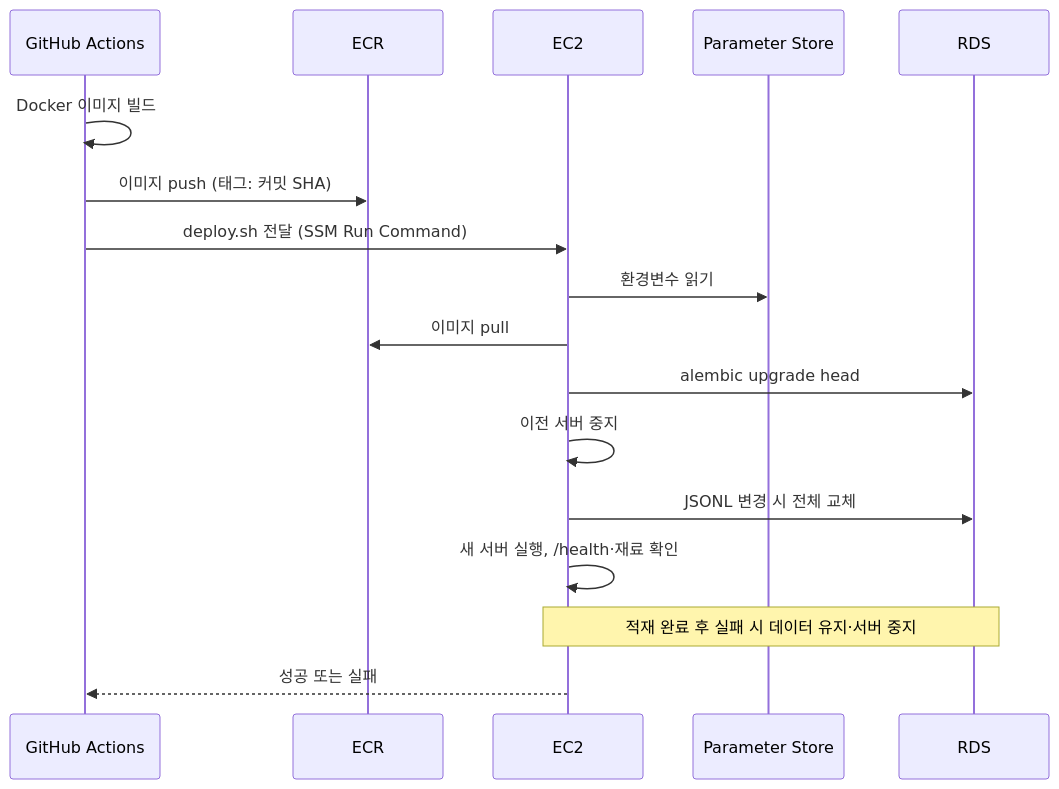
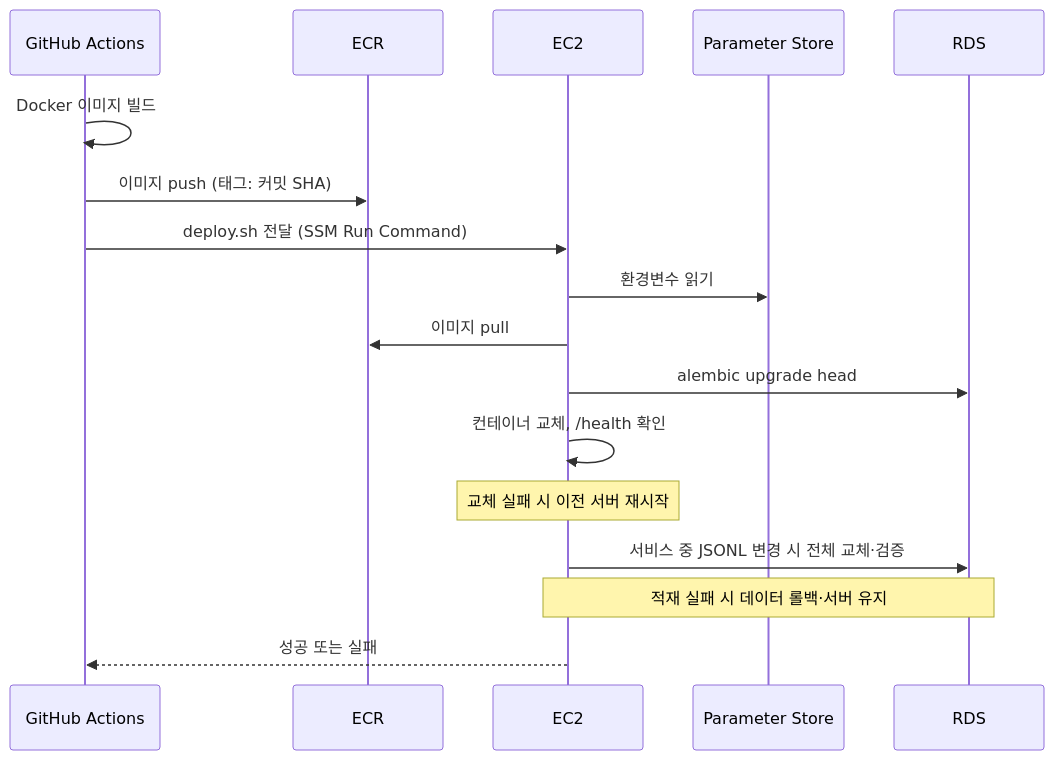
The second of 2 diagrams in server/docs/deploy.md (snuhcs-course/swpp-2026-project-team-08), drawn with Mermaid before and after one commit. The commit also changed other lines of this file and 2 other files, not shown here.

````diff
--- a/server/docs/deploy.md
+++ b/server/docs/deploy.md
@@ -96,20 +98,20 @@
 ```mermaid
 sequenceDiagram
   participant GH as GitHub Actions
   participant ECR
   participant EC2
   participant PS as Parameter Store
   participant DB as RDS
 
   GH->>GH: Docker 이미지 빌드
   GH->>ECR: 이미지 push (태그: 커밋 SHA)
   GH->>EC2: deploy.sh 전달 (SSM Run Command)
   EC2->>PS: 환경변수 읽기
   EC2->>ECR: 이미지 pull
   EC2->>DB: alembic upgrade head
-  EC2->>EC2: 이전 서버 중지
-  EC2->>DB: JSONL 변경 시 전체 교체
-  EC2->>EC2: 새 서버 실행, /health·재료 확인
-  Note over EC2,DB: 적재 완료 후 실패 시 데이터 유지·서버 중지
+  EC2->>EC2: 컨테이너 교체, /health 확인
+  Note over EC2: 교체 실패 시 이전 서버 재시작
+  EC2->>DB: 서비스 중 JSONL 변경 시 전체 교체·검증
+  Note over EC2,DB: 적재 실패 시 데이터 롤백·서버 유지
   EC2-->>GH: 성공 또는 실패
 ```
````
